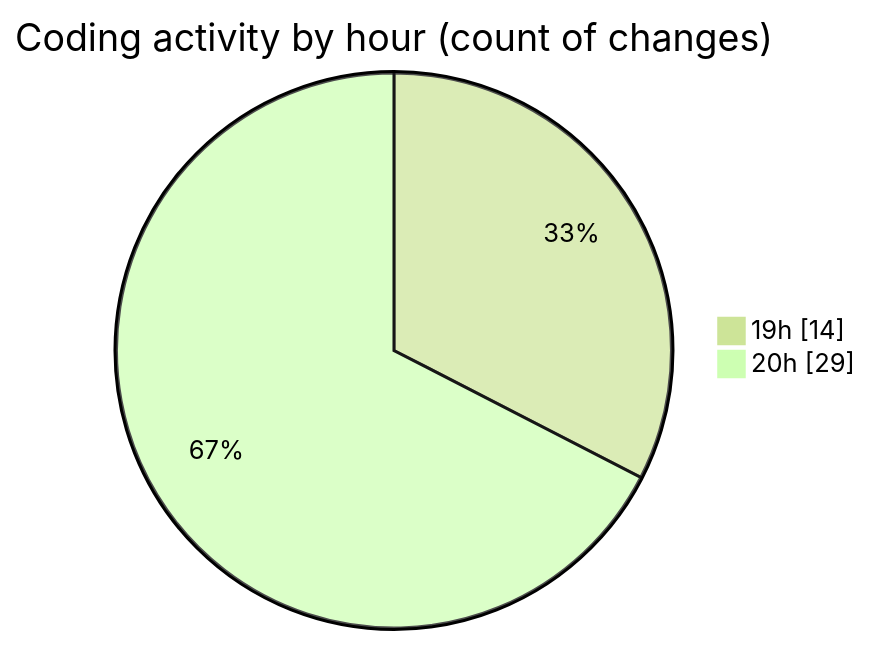
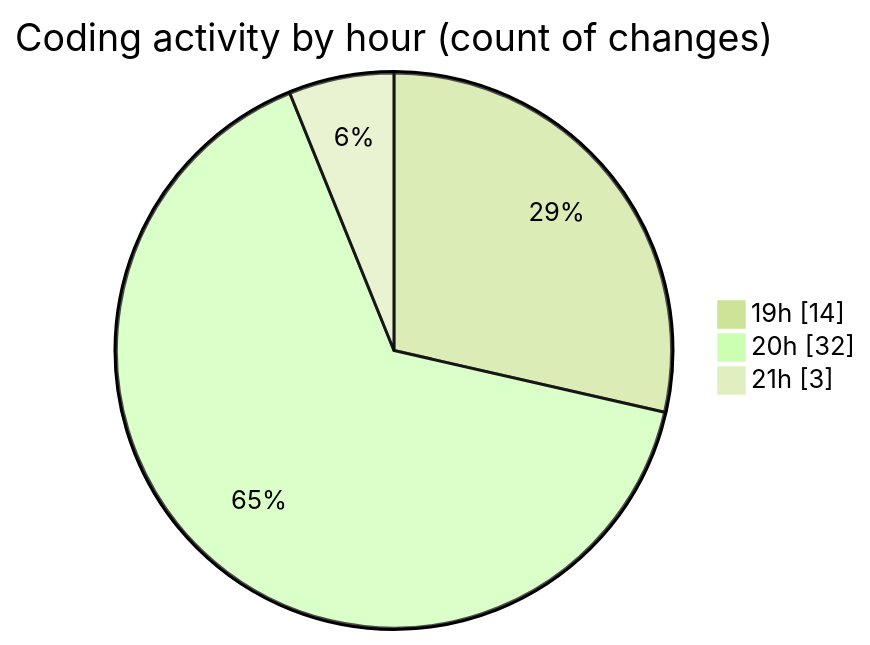
The second of 2 diagrams in 2025-10-24/skintrack/README.md (Netris89/code-tracking), drawn with Mermaid (forest theme) before and after one commit. The commit also changed other lines of this file and 1 other file, not shown here.

````diff
--- a/2025-10-24/skintrack/README.md
+++ b/2025-10-24/skintrack/README.md
@@ -32,6 +32,7 @@
 ```mermaid
 pie showData
 title Coding activity by hour (count of changes)
 "19h" : 14
-"20h" : 29
+"20h" : 32
+"21h" : 3
 ```
````
